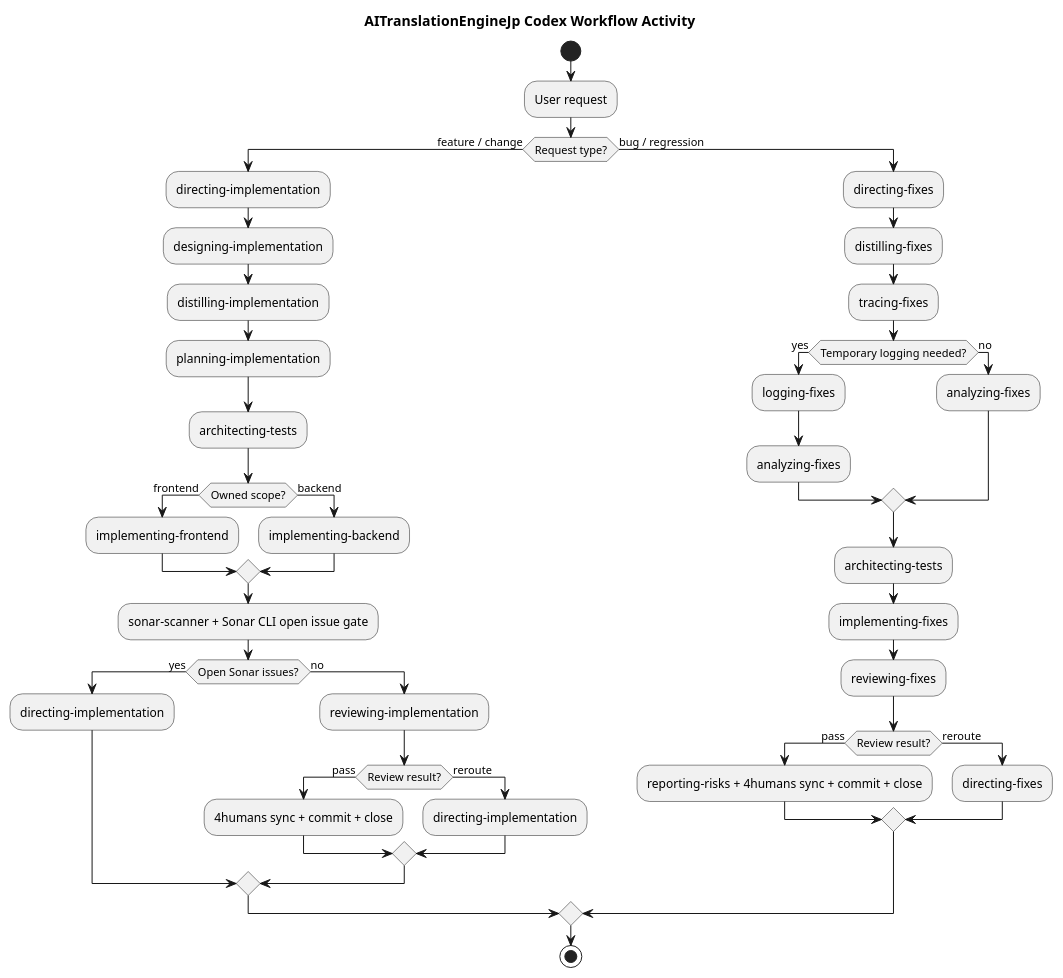
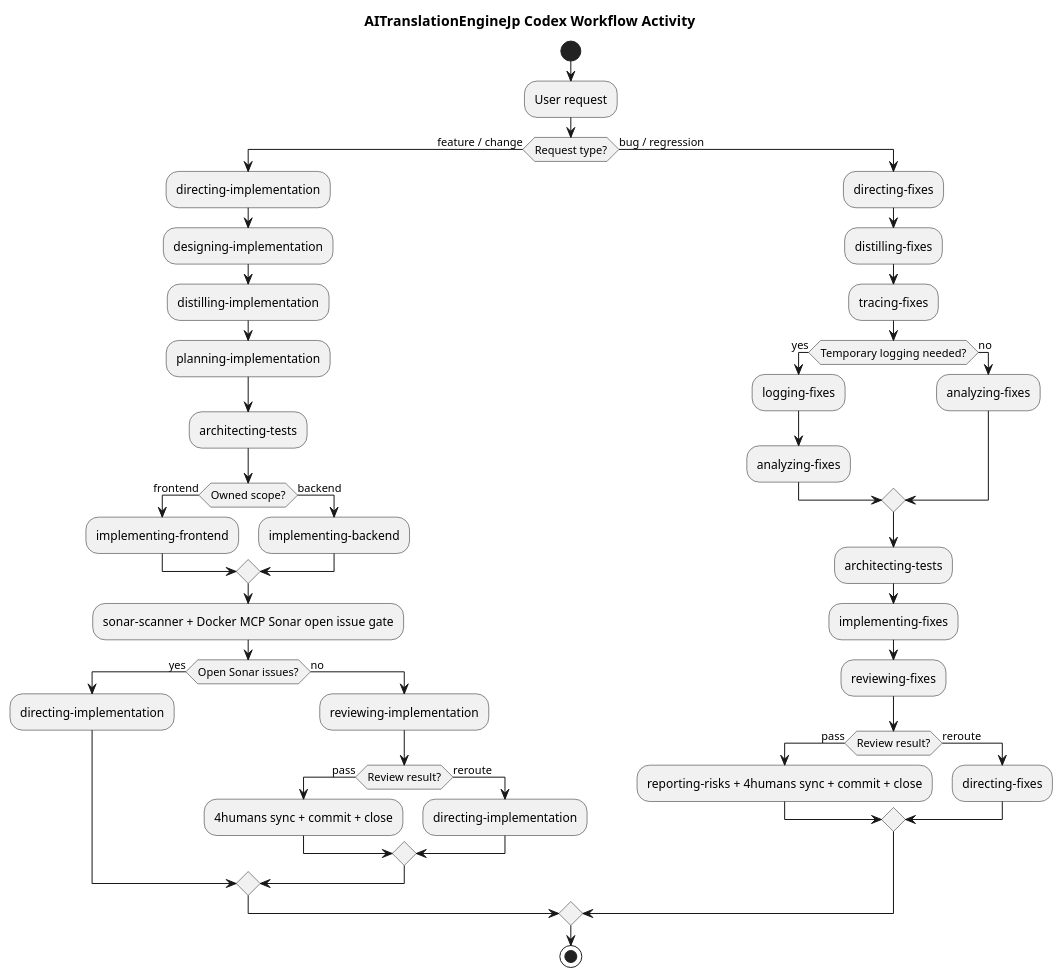
The diagram in .codex/workflow_activity_diagram.puml (ishibata91/AITranslationEngineJP), drawn with PlantUML before and after one commit. The commit also changed 14 other files, not shown here.

```diff
--- a/.codex/workflow_activity_diagram.puml
+++ b/.codex/workflow_activity_diagram.puml
@@ -1,56 +1,56 @@
 @startuml WorkflowActivity
 title AITranslationEngineJp Codex Workflow Activity
 skinparam shadowing false
 skinparam linetype ortho
 
 start
 :User request;
 
 if (Request type?) then (feature / change)
   :directing-implementation;
   :designing-implementation;
   :distilling-implementation;
   :planning-implementation;
   :architecting-tests;
 
   if (Owned scope?) then (frontend)
     :implementing-frontend;
   else (backend)
     :implementing-backend;
   endif
 
-  :sonar-scanner + Sonar CLI open issue gate;
+  :sonar-scanner + Docker MCP Sonar open issue gate;
   if (Open Sonar issues?) then (yes)
     :directing-implementation;
   else (no)
   :reviewing-implementation;
   if (Review result?) then (pass)
     :4humans sync + commit + close;
   else (reroute)
     :directing-implementation;
   endif
   endif
 else (bug / regression)
   :directing-fixes;
   :distilling-fixes;
   :tracing-fixes;
 
   if (Temporary logging needed?) then (yes)
     :logging-fixes;
     :analyzing-fixes;
   else (no)
     :analyzing-fixes;
   endif
 
   :architecting-tests;
   :implementing-fixes;
   :reviewing-fixes;
   if (Review result?) then (pass)
     :reporting-risks + 4humans sync + commit + close;
   else (reroute)
     :directing-fixes;
   endif
 endif
 
 stop
 @enduml
```
